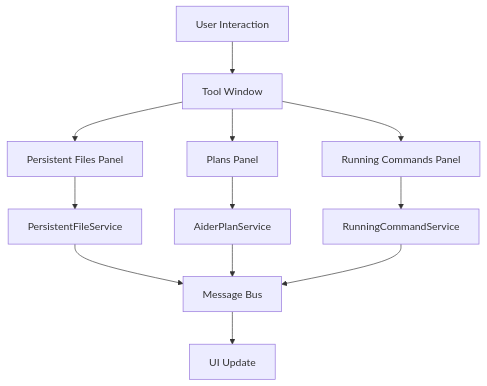
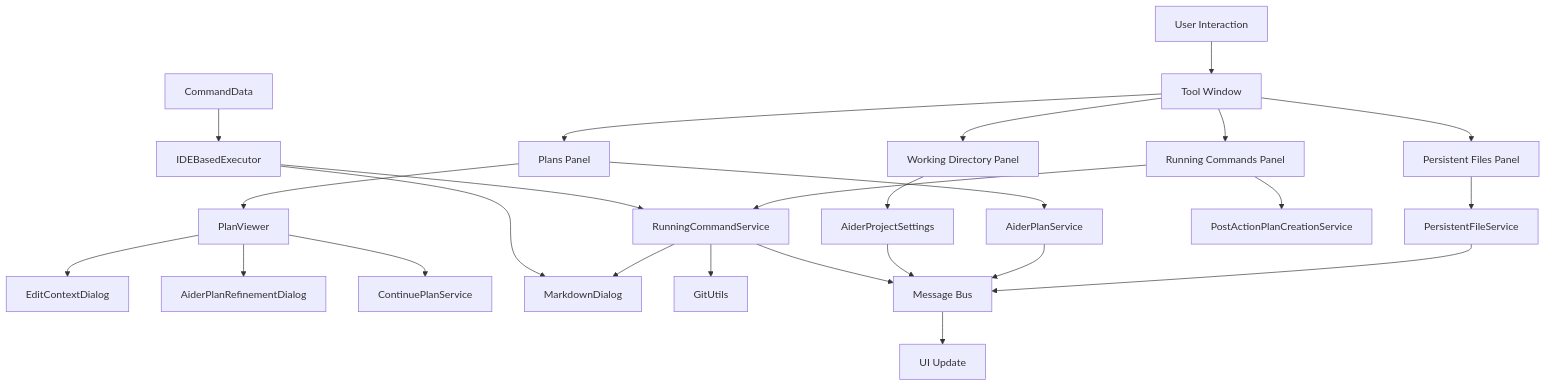
Before and after one commit to p-wegner/coding-aider: the diagram in src/main/kotlin/de/andrena/codingaider/toolwindow/toolwindow.md, drawn with Mermaid. The commit also changed other lines of this file, not shown here.

First line of the commit message:
The documentation has been successfully updated with comprehensive information about the Coding Aider Tool Window module. The changes include:

````diff
--- a/src/main/kotlin/de/andrena/codingaider/toolwindow/toolwindow.md
+++ b/src/main/kotlin/de/andrena/codingaider/toolwindow/toolwindow.md
@@ -93,14 +166,32 @@
 ```mermaid
 graph TD
     User[User Interaction] --> ToolWindow[Tool Window]
     ToolWindow --> PersistentFiles[Persistent Files Panel]
     ToolWindow --> Plans[Plans Panel]
-    ToolWindow --> RunningCommands[Running Commands Panel]
-    PersistentFiles --> FileService[PersistentFileService]
+    ToolWindow --> WorkingDir[Working Directory Panel]
+    ToolWindow --> RunningCmds[Running Commands Panel]
+    
+    PersistentFiles --> PersistentFileService[PersistentFileService]
     Plans --> PlanService[AiderPlanService]
-    RunningCommands --> RunningCommandService[RunningCommandService]
-    FileService --> MessageBus[Message Bus]
+    Plans --> PlanViewer[PlanViewer]
+    PlanViewer --> EditContext[EditContextDialog]
+    PlanViewer --> RefinePlan[AiderPlanRefinementDialog]
+    PlanViewer --> ContinuePlan[ContinuePlanService]
+    WorkingDir --> ProjectSettings[AiderProjectSettings]
+    RunningCmds --> RunningCommandService[RunningCommandService]
+    RunningCmds --> PostActionPlanCreation[PostActionPlanCreationService]
+    
+    RunningCommandService --> MarkdownDialog[MarkdownDialog]
+    RunningCommandService --> GitUtils[GitUtils]
+    
+    PersistentFileService --> MessageBus[Message Bus]
     PlanService --> MessageBus
+    ProjectSettings --> MessageBus
     RunningCommandService --> MessageBus
+    
     MessageBus --> UI[UI Update]
+    
+    CommandData[CommandData] --> IDEBasedExecutor[IDEBasedExecutor]
+    IDEBasedExecutor --> RunningCommandService
+    IDEBasedExecutor --> MarkdownDialog
 ```
````
